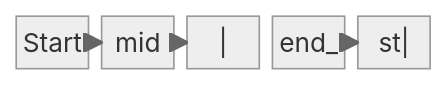
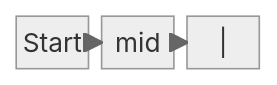
Before and after one commit to mermaid-js/mermaid-v13: the diagram in packages/language-service/goldens/block/completions/ids.mmd, drawn with Mermaid (neutral theme). The commit also changed 39 other files, not shown here.

```diff
--- a/packages/language-service/goldens/block/completions/ids.mmd
+++ b/packages/language-service/goldens/block/completions/ids.mmd
@@ -1,4 +1,3 @@
 block
   start["Start"] --> mid
   mid --> |
-  end_ --> st|
```
